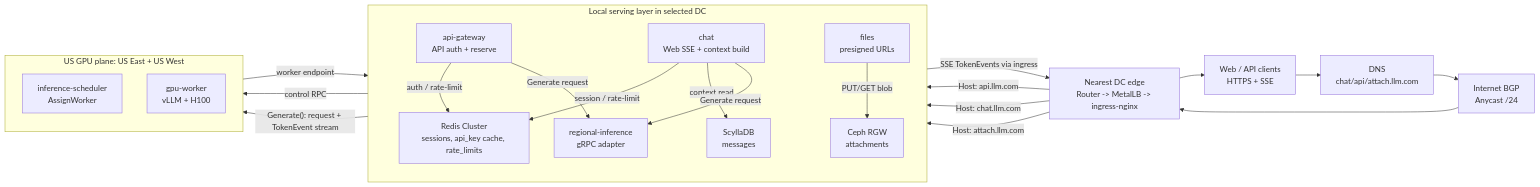
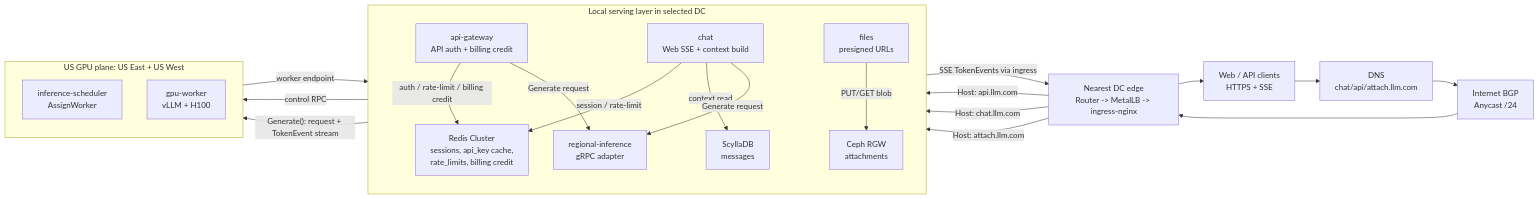
Before and after one commit to yaksase/highload_hse: the eighth of 9 diagrams in README.md, drawn with Mermaid. The commit also changed other lines of this file and 2 other files, not shown here.

````diff
--- a/README.md
+++ b/README.md
@@ -1808,41 +1809,41 @@
 ```mermaid
 flowchart LR
     Client["Web / API clients<br/>HTTPS + SSE"] --> DNS["DNS<br/>chat/api/attach.llm.com"]
     DNS --> Anycast["Internet BGP<br/>Anycast /24"]
     Anycast --> Edge["Nearest DC edge<br/>Router -> MetalLB -> ingress-nginx"]
 
     subgraph Local["Local serving layer in selected DC"]
       direction TB
-      Api["api-gateway<br/>API auth + reserve"]
+      Api["api-gateway<br/>API auth + billing credit"]
       Chat["chat<br/>Web SSE + context build"]
       Files["files<br/>presigned URLs"]
-      Redis["Redis Cluster<br/>sessions, api_key cache, rate_limits"]
+      Redis["Redis Cluster<br/>sessions, api_key cache,<br/>rate_limits, billing credit"]
       Scylla["ScyllaDB<br/>messages"]
       RGW["Ceph RGW<br/>attachments"]
       RegInf["regional-inference<br/>gRPC adapter"]
     end
 
     Edge -->|"Host: api.llm.com"| Api
     Edge -->|"Host: chat.llm.com"| Chat
     Edge -->|"Host: attach.llm.com"| Files
 
-    Api -->|"auth / rate-limit"| Redis
+    Api -->|"auth / rate-limit / billing credit"| Redis
     Chat -->|"session / rate-limit"| Redis
     Chat -->|"context read"| Scylla
     Files -->|"PUT/GET blob"| RGW
 
     Api -->|"Generate request"| RegInf
     Chat -->|"Generate request"| RegInf
 
     subgraph USGPU["US GPU plane: US East + US West"]
       direction TB
       Scheduler["inference-scheduler<br/>AssignWorker"]
       GPU["gpu-worker<br/>vLLM + H100"]
     end
 
     RegInf -->|"control RPC"| Scheduler
     Scheduler -->|"worker endpoint"| RegInf
     RegInf -->|"Generate(): request + TokenEvent stream"| GPU
     RegInf -->|"SSE TokenEvents via ingress"| Edge
     Edge --> Client
 ```
````
